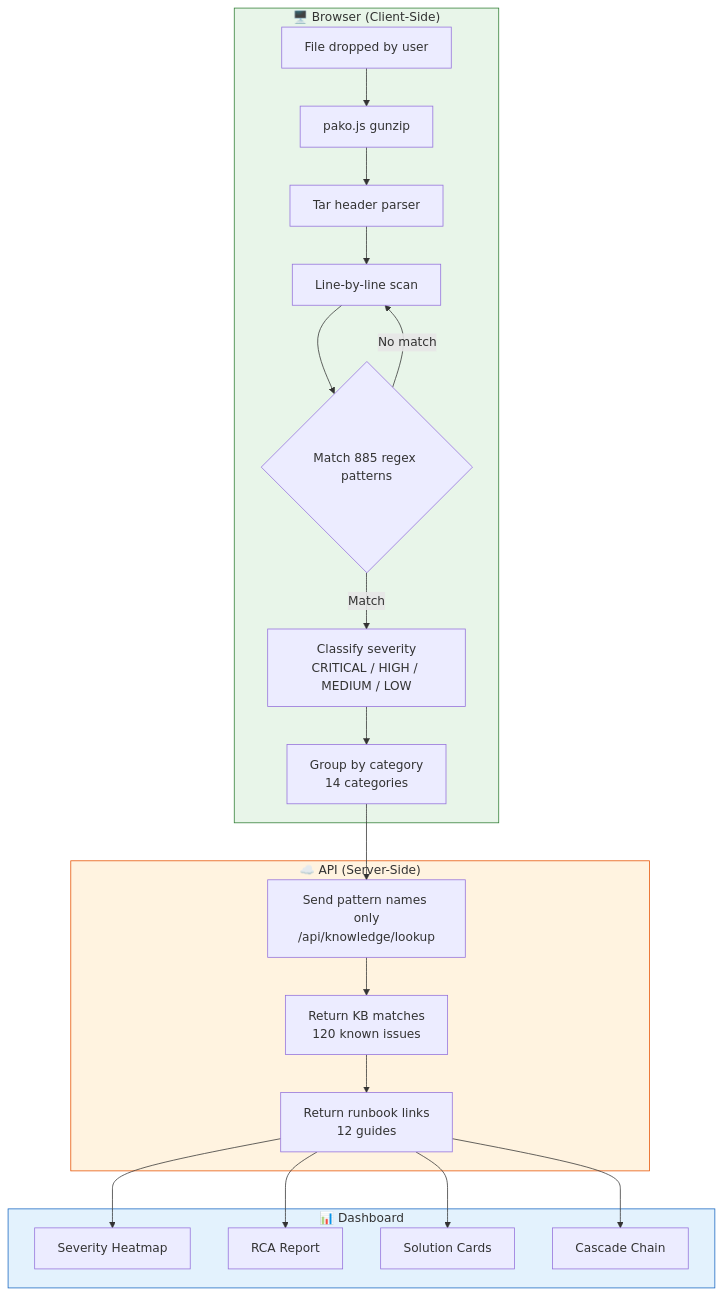
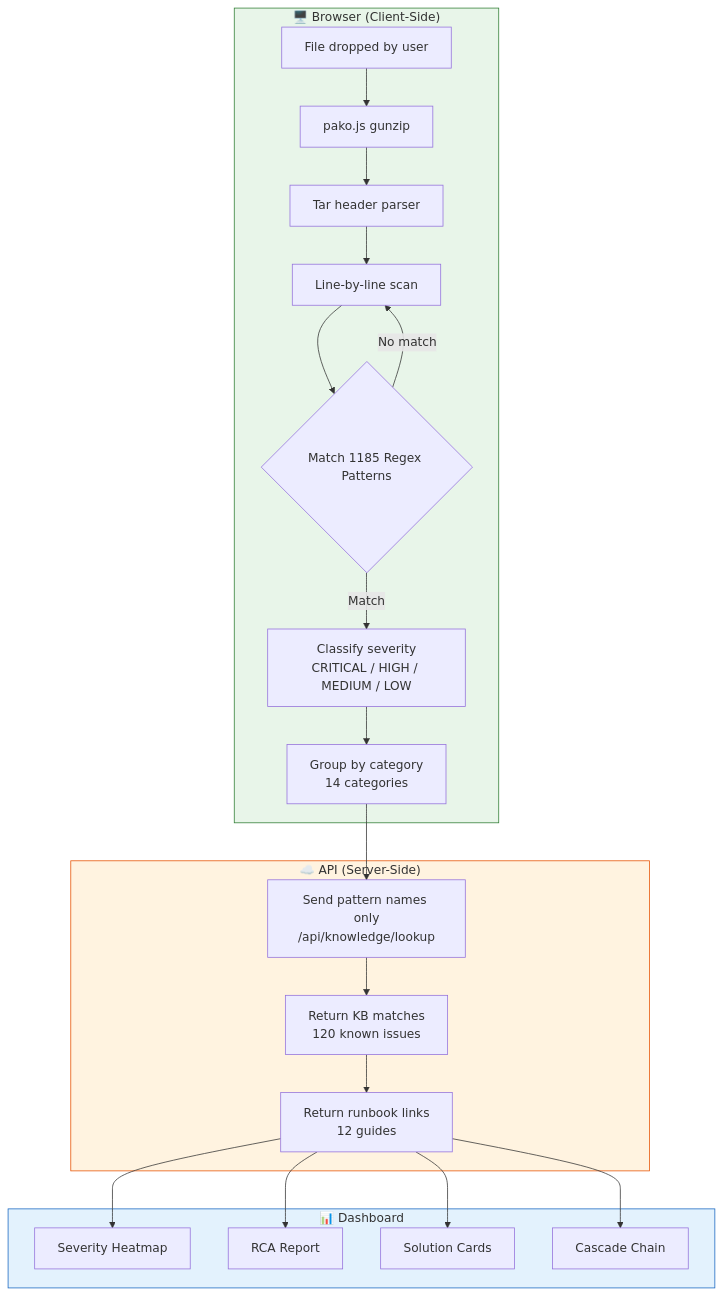
Before and after one commit to yadakrishna245/Log_analysis: the third of 17 diagrams in README.md, drawn with Mermaid. The commit also changed other lines of this file and 7 other files, not shown here.

````diff
--- a/README.md
+++ b/README.md
@@ -221,29 +221,29 @@
 ```mermaid
 flowchart TD
     subgraph BROWSER["🖥️ Browser (Client-Side)"]
         A1[File dropped by user] --> A2[pako.js gunzip]
         A2 --> A3[Tar header parser]
         A3 --> A4[Line-by-line scan]
-        A4 --> A5{Match 885 regex patterns}
+        A4 --> A5{Match 1185 Regex Patterns}
         A5 -->|Match| A6[Classify severity<br/>CRITICAL / HIGH / MEDIUM / LOW]
         A5 -->|No match| A4
         A6 --> A7[Group by category<br/>14 categories]
     end
 
     subgraph API["☁️ API (Server-Side)"]
         A7 --> B1[Send pattern names only<br/>/api/knowledge/lookup]
         B1 --> B2[Return KB matches<br/>120 known issues]
         B2 --> B3[Return runbook links<br/>12 guides]
     end
 
     subgraph DISPLAY["📊 Dashboard"]
         B3 --> C1[Severity Heatmap]
         B3 --> C2[RCA Report]
         B3 --> C3[Solution Cards]
         B3 --> C4[Cascade Chain]
     end
 
     style BROWSER fill:#e8f5e9,stroke:#2e7d32
     style API fill:#fff3e0,stroke:#e65100
     style DISPLAY fill:#e3f2fd,stroke:#1565c0
 ```
````
